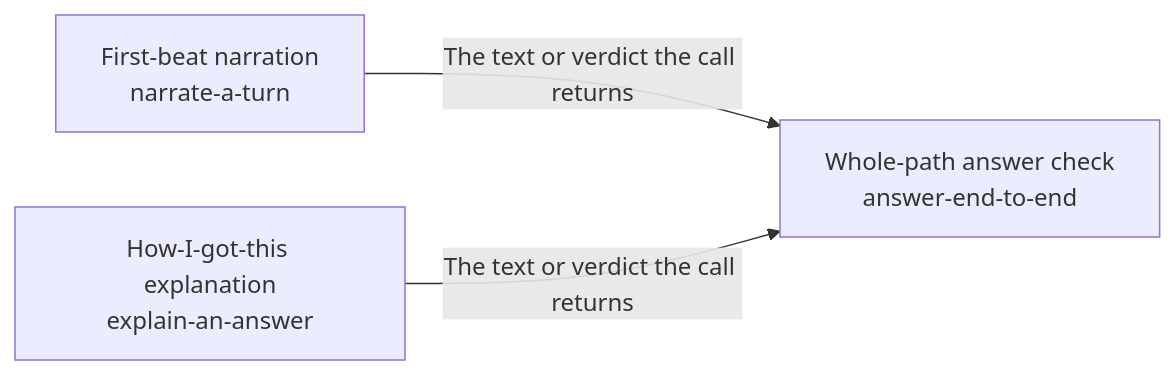
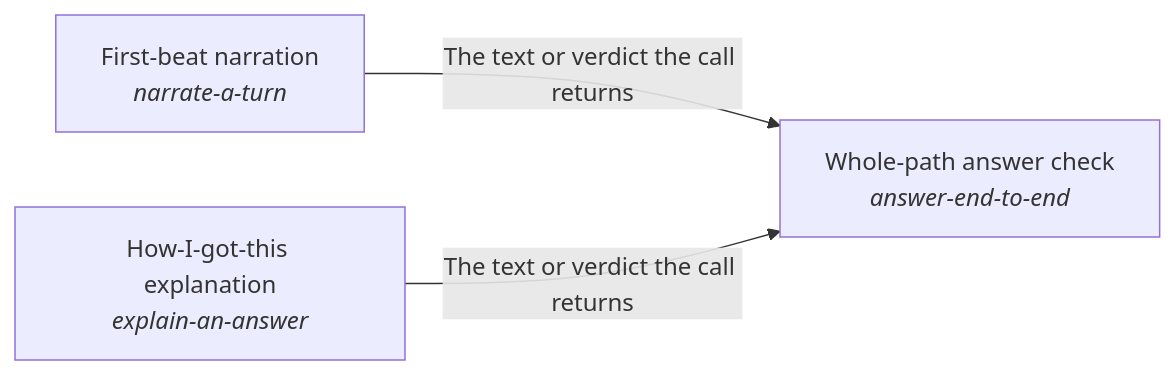
Before and after one commit to SpiritualData/quest-ai-runner: the diagram in quest_ai_runner/reason_and_answer/README.md, drawn with Mermaid. The commit also changed other lines of this file and 111 other files, not shown here.

Commit message:
Human names lead every record: name every solution, metric and arm, and rewrite each intent's coherence paragraph in display names (regenerated readmes, diagrams, tracker)

````diff
--- a/quest_ai_runner/reason_and_answer/README.md
+++ b/quest_ai_runner/reason_and_answer/README.md
@@ -17,8 +17,8 @@
 ```mermaid
 flowchart LR
-    s0["First-beat narration<br/>narrate-a-turn"]
-    s1["How-I-got-this explanation<br/>explain-an-answer"]
-    s2["Whole-path answer check<br/>answer-end-to-end"]
+    s0["First-beat narration<br/><i>narrate-a-turn</i>"]
+    s1["How-I-got-this explanation<br/><i>explain-an-answer</i>"]
+    s2["Whole-path answer check<br/><i>answer-end-to-end</i>"]
     s0 -->|"The text or verdict the call returns"| s2
     s1 -->|"The text or verdict the call returns"| s2
 ```
````
